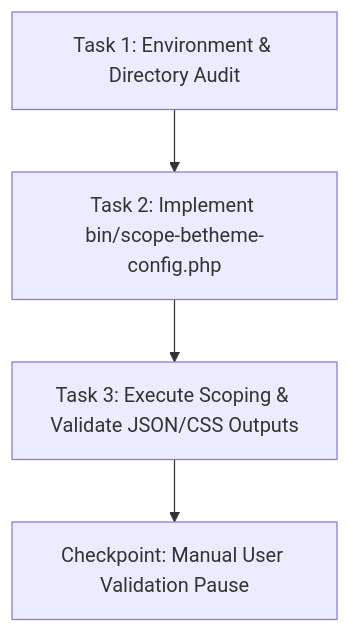
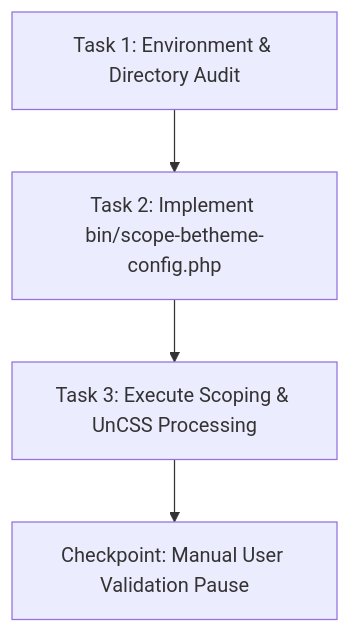
Before and after one commit to alexseif/ekalexandria-flagship: the diagram in ai-work/tasks/eka-portal-migration-phase-3-betheme-config-scoping-plan.md, drawn with Mermaid. The commit also changed other lines of this file and 2 other files, not shown here.

Commit message:
refactor: finalize Phase 3 BeTheme scoping specification and execution workflow to integrate UnCSS and structured artifact generation

````diff
--- a/ai-work/tasks/eka-portal-migration-phase-3-betheme-config-scoping-plan.md
+++ b/ai-work/tasks/eka-portal-migration-phase-3-betheme-config-scoping-plan.md
@@ -23,6 +24,6 @@
 ```mermaid
 graph TD
     A[Task 1: Environment & Directory Audit] --> B[Task 2: Implement bin/scope-betheme-config.php]
-    B --> C[Task 3: Execute Scoping & Validate JSON/CSS Outputs]
+    B --> C[Task 3: Execute Scoping & UnCSS Processing]
     C --> D[Checkpoint: Manual User Validation Pause]
 ```
````
